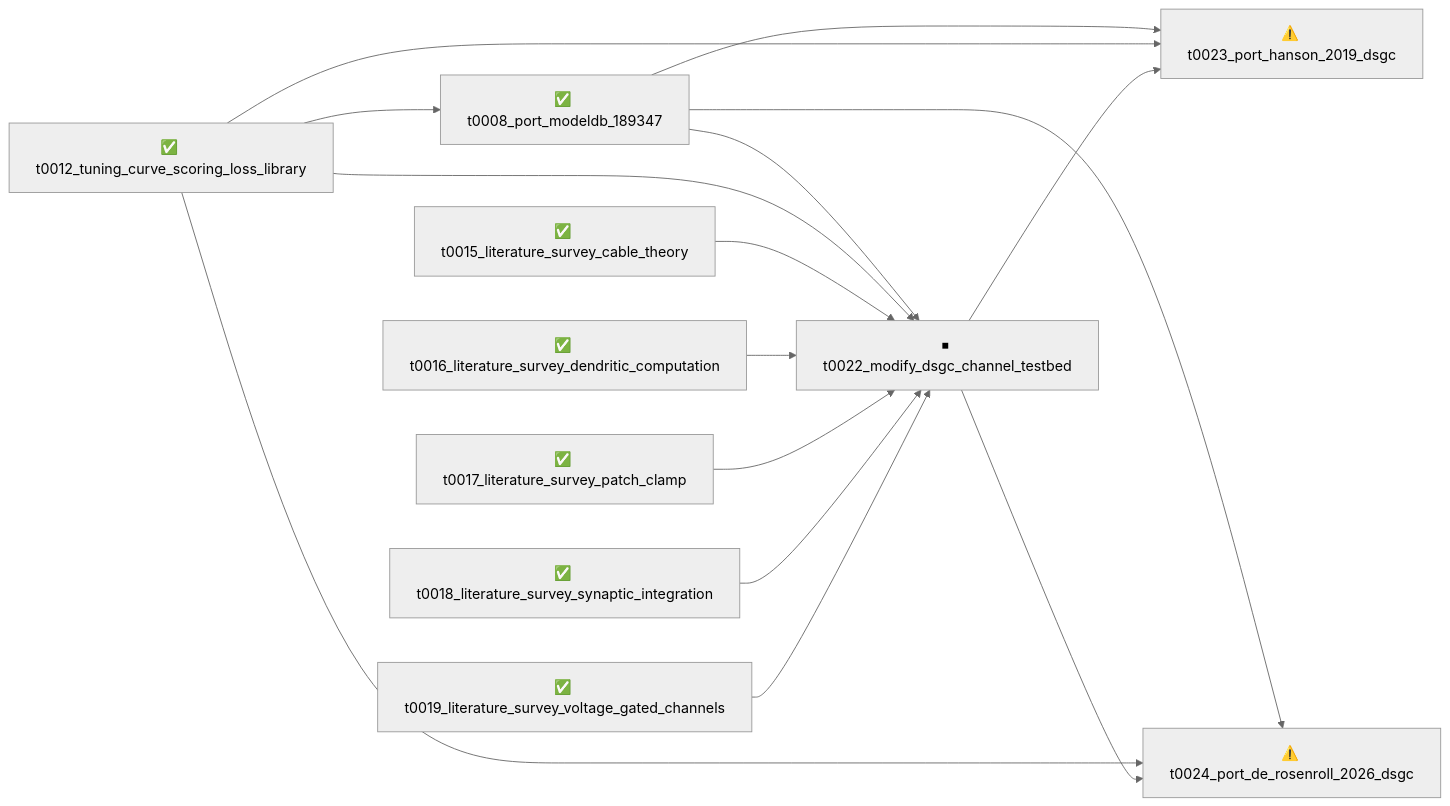
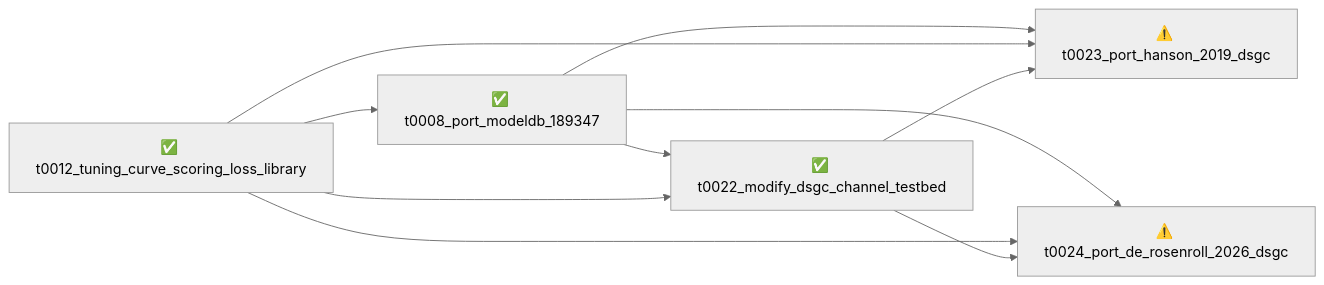
One commit to tonza17/neuron-channels changed the diagram in overview/tasks/README.md. Above: the diagram before and after it, drawn with Mermaid (neutral theme). The commit also changed other lines of this file and 54 other files, not shown here.

Commit message:
Rebuild overview/ after t0022_modify_dsgc_channel_testbed merge

````diff
--- a/overview/tasks/README.md
+++ b/overview/tasks/README.md
@@ -13,28 +12,18 @@
 ```mermaid
 graph LR
     t0008_port_modeldb_189347["✅ t0008_port_modeldb_189347"]
     t0012_tuning_curve_scoring_loss_library["✅ t0012_tuning_curve_scoring_loss_library"]
-    t0015_literature_survey_cable_theory["✅ t0015_literature_survey_cable_theory"]
-    t0016_literature_survey_dendritic_computation["✅ t0016_literature_survey_dendritic_computation"]
-    t0017_literature_survey_patch_clamp["✅ t0017_literature_survey_patch_clamp"]
-    t0018_literature_survey_synaptic_integration["✅ t0018_literature_survey_synaptic_integration"]
-    t0019_literature_survey_voltage_gated_channels["✅ t0019_literature_survey_voltage_gated_channels"]
-    t0022_modify_dsgc_channel_testbed["⏹ t0022_modify_dsgc_channel_testbed"]
+    t0022_modify_dsgc_channel_testbed["✅ t0022_modify_dsgc_channel_testbed"]
     t0023_port_hanson_2019_dsgc["⚠️ t0023_port_hanson_2019_dsgc"]
     t0024_port_de_rosenroll_2026_dsgc["⚠️ t0024_port_de_rosenroll_2026_dsgc"]
 
     t0012_tuning_curve_scoring_loss_library --> t0008_port_modeldb_189347
     t0008_port_modeldb_189347 --> t0022_modify_dsgc_channel_testbed
     t0012_tuning_curve_scoring_loss_library --> t0022_modify_dsgc_channel_testbed
-    t0015_literature_survey_cable_theory --> t0022_modify_dsgc_channel_testbed
-    t0016_literature_survey_dendritic_computation --> t0022_modify_dsgc_channel_testbed
-    t0017_literature_survey_patch_clamp --> t0022_modify_dsgc_channel_testbed
-    t0018_literature_survey_synaptic_integration --> t0022_modify_dsgc_channel_testbed
-    t0019_literature_survey_voltage_gated_channels --> t0022_modify_dsgc_channel_testbed
     t0008_port_modeldb_189347 --> t0023_port_hanson_2019_dsgc
     t0012_tuning_curve_scoring_loss_library --> t0023_port_hanson_2019_dsgc
     t0022_modify_dsgc_channel_testbed --> t0023_port_hanson_2019_dsgc
     t0008_port_modeldb_189347 --> t0024_port_de_rosenroll_2026_dsgc
     t0012_tuning_curve_scoring_loss_library --> t0024_port_de_rosenroll_2026_dsgc
     t0022_modify_dsgc_channel_testbed --> t0024_port_de_rosenroll_2026_dsgc
 ```
````
